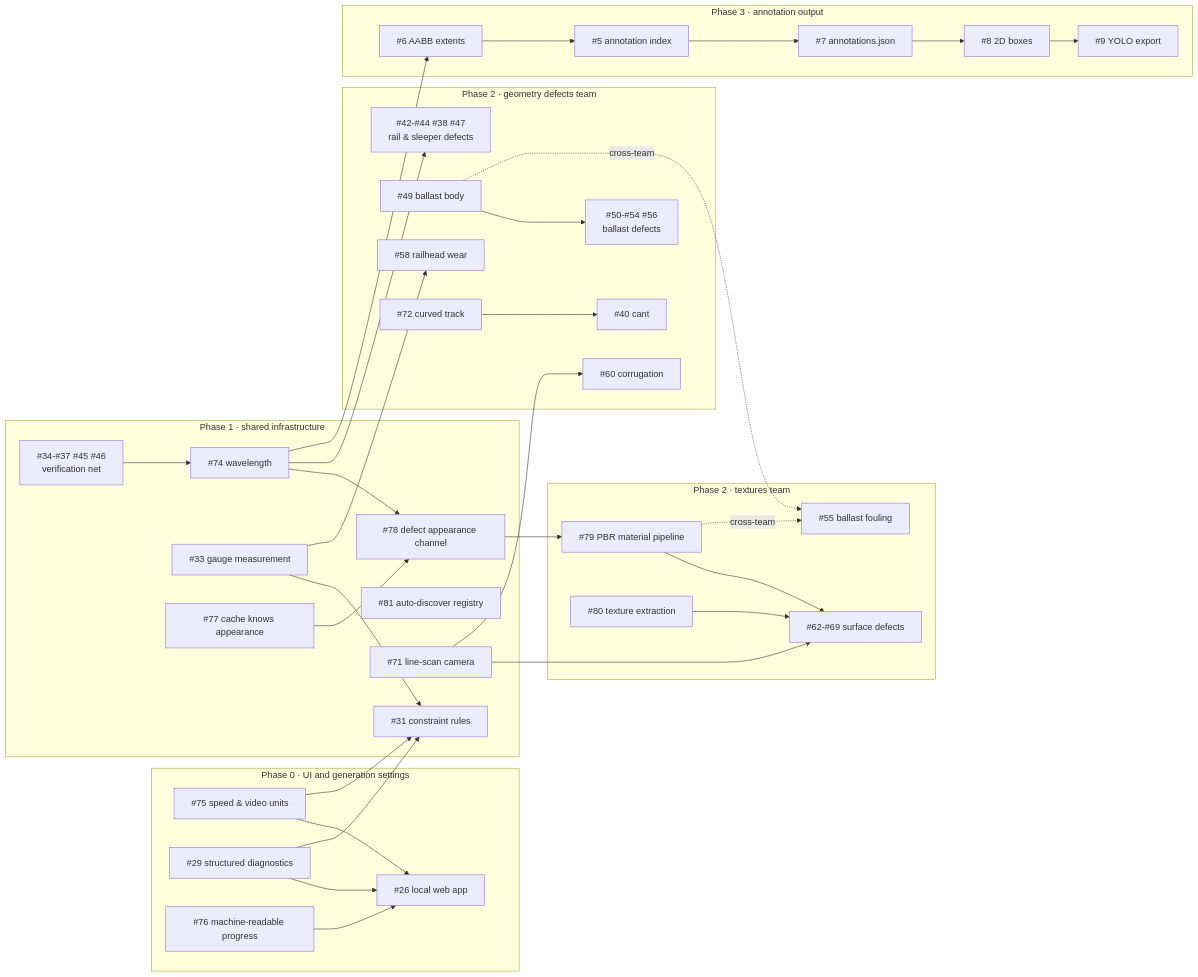
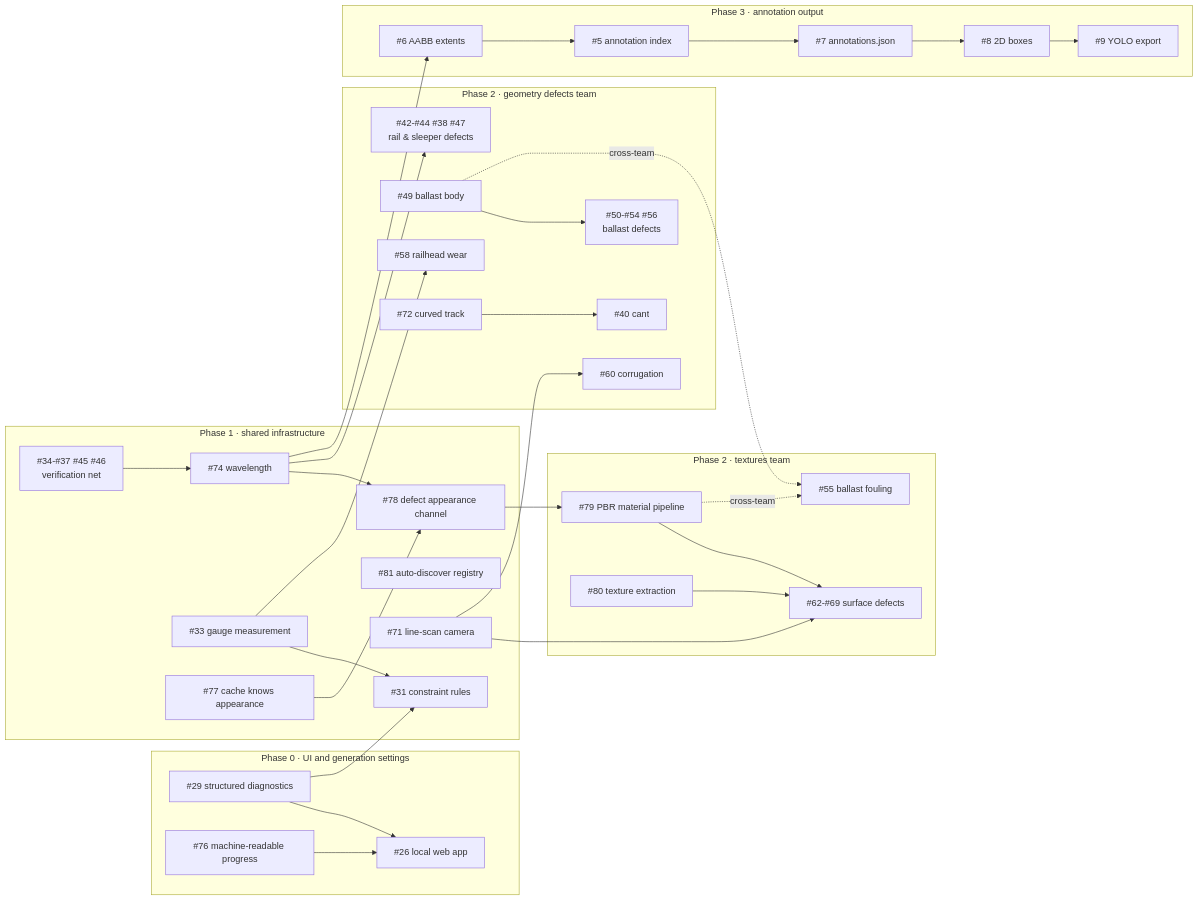
The diagram in ROADMAP.md (ikostis-ucl/rail_defect_sim), drawn with Mermaid before and after one commit. The commit also changed other lines of this file, not shown here.

First line of the commit message:
docs: #75 done, out of the roadmap graph

````diff
--- a/ROADMAP.md
+++ b/ROADMAP.md
@@ -42,71 +42,68 @@
 ```mermaid
 graph LR
   subgraph P0["Phase 0 · UI and generation settings"]
-    I75["#75 speed &amp; video units"]
     I29["#29 structured diagnostics"]
     I76["#76 machine-readable progress"]
     I26["#26 local web app"]
   end
 
   subgraph P1["Phase 1 · shared infrastructure"]
     VER["#34-#37 #45 #46<br>verification net"]
     I74["#74 wavelength"]
     I33["#33 gauge measurement"]
     I77["#77 cache knows appearance"]
     I78["#78 defect appearance channel"]
     I81["#81 auto-discover registry"]
     I71["#71 line-scan camera"]
     I31["#31 constraint rules"]
   end
 
   subgraph P2T["Phase 2 · textures team"]
     I79["#79 PBR material pipeline"]
     I80["#80 texture extraction"]
     GE["#62-#69 surface defects"]
     I55["#55 ballast fouling"]
   end
 
   subgraph P2G["Phase 2 · geometry defects team"]
     NEWD["#42-#44 #38 #47<br>rail &amp; sleeper defects"]
     I49["#49 ballast body"]
     GC["#50-#54 #56<br>ballast defects"]
     I58["#58 railhead wear"]
     I72["#72 curved track"]
     I40["#40 cant"]
     I60["#60 corrugation"]
   end
 
   subgraph P3["Phase 3 · annotation output"]
     I6["#6 AABB extents"]
     I5["#5 annotation index"]
     I7["#7 annotations.json"]
     I8["#8 2D boxes"]
     I9["#9 YOLO export"]
   end
 
-  I75 --> I26
   I29 --> I26
   I76 --> I26
-  I75 --> I31
   I29 --> I31
   VER --> I74
   I33 --> I31
   I74 --> I78
   I77 --> I78
   I74 --> NEWD
   I78 --> I79
   I79 --> GE
   I80 --> GE
   I71 --> GE
   I71 --> I60
   I33 --> I58
   I49 --> GC
   I72 --> I40
   I74 --> I6
   I6 --> I5
   I5 --> I7
   I7 --> I8
   I8 --> I9
   I49 -.->|cross-team| I55
   I79 -.->|cross-team| I55
 ```
````
